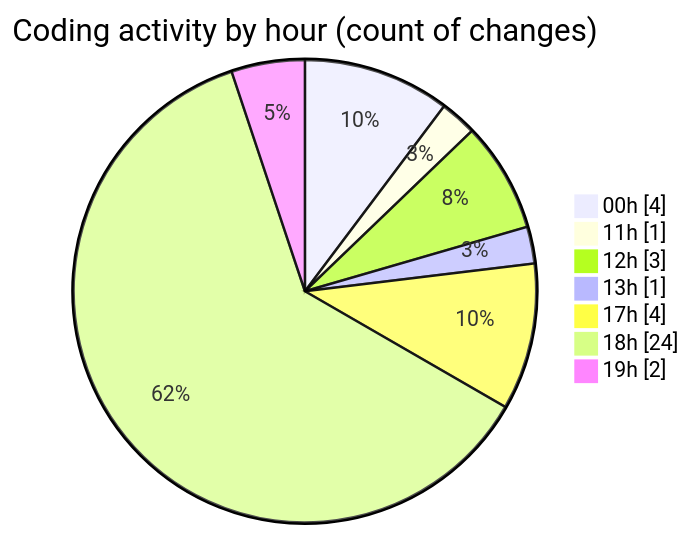
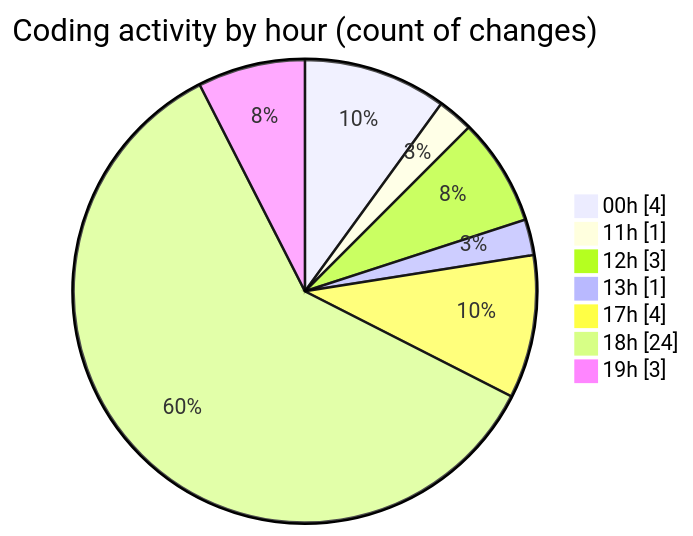
The second of 2 diagrams in 2025-11-19/eventscop-api-guide__workspace_/README.md (julien-gomy/code-tracking), drawn with Mermaid before and after one commit. The commit also changed other lines of this file and 1 other file, not shown here.

````diff
--- a/2025-11-19/eventscop-api-guide__workspace_/README.md
+++ b/2025-11-19/eventscop-api-guide__workspace_/README.md
@@ -33,11 +33,11 @@
 ```mermaid
 pie showData
 title Coding activity by hour (count of changes)
 "00h" : 4
 "11h" : 1
 "12h" : 3
 "13h" : 1
 "17h" : 4
 "18h" : 24
-"19h" : 2
+"19h" : 3
 ```
````
